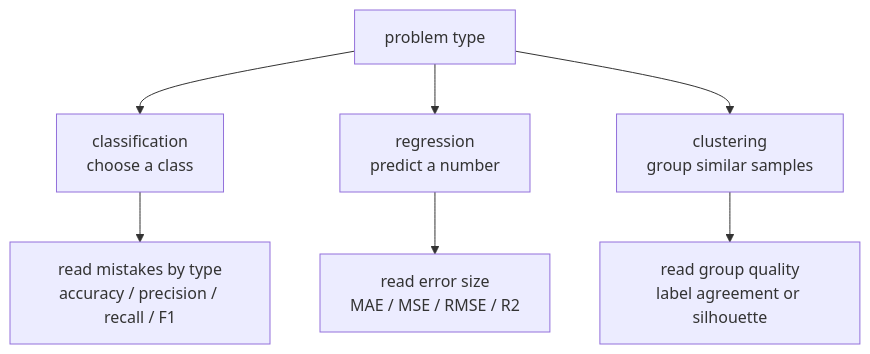
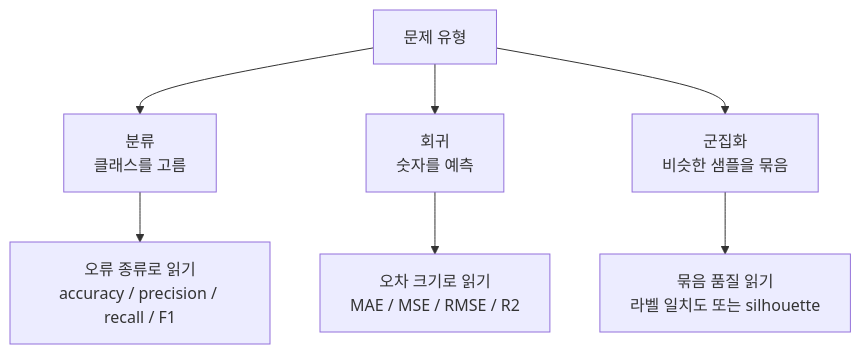
The first of 3 diagrams in docs/parts/part-04/chapter-06/section-02.md (devchan64/AiBook), drawn with Mermaid before and after one commit. The commit also changed other lines of this file and 72 other files, not shown here.

````diff
--- a/docs/parts/part-04/chapter-06/section-02.md
+++ b/docs/parts/part-04/chapter-06/section-02.md
@@ -37,18 +37,18 @@
 ```mermaid
 flowchart TB
-  A["problem type"]
-  B["classification<br/>choose a class"]
-  C["regression<br/>predict a number"]
-  D["clustering<br/>group similar samples"]
+  A["문제 유형"]
+  B["분류<br/>클래스를 고름"]
+  C["회귀<br/>숫자를 예측"]
+  D["군집화<br/>비슷한 샘플을 묶음"]
 
-  E["read mistakes by type<br/>accuracy / precision / recall / F1"]
-  F["read error size<br/>MAE / MSE / RMSE / R2"]
-  G["read group quality<br/>label agreement or silhouette"]
+  E["오류 종류로 읽기<br/>accuracy / precision / recall / F1"]
+  F["오차 크기로 읽기<br/>MAE / MSE / RMSE / R2"]
+  G["묶음 품질 읽기<br/>라벨 일치도 또는 silhouette"]
 
   A --> B
   A --> C
   A --> D
   B --> E
   C --> F
   D --> G
 ```
````
